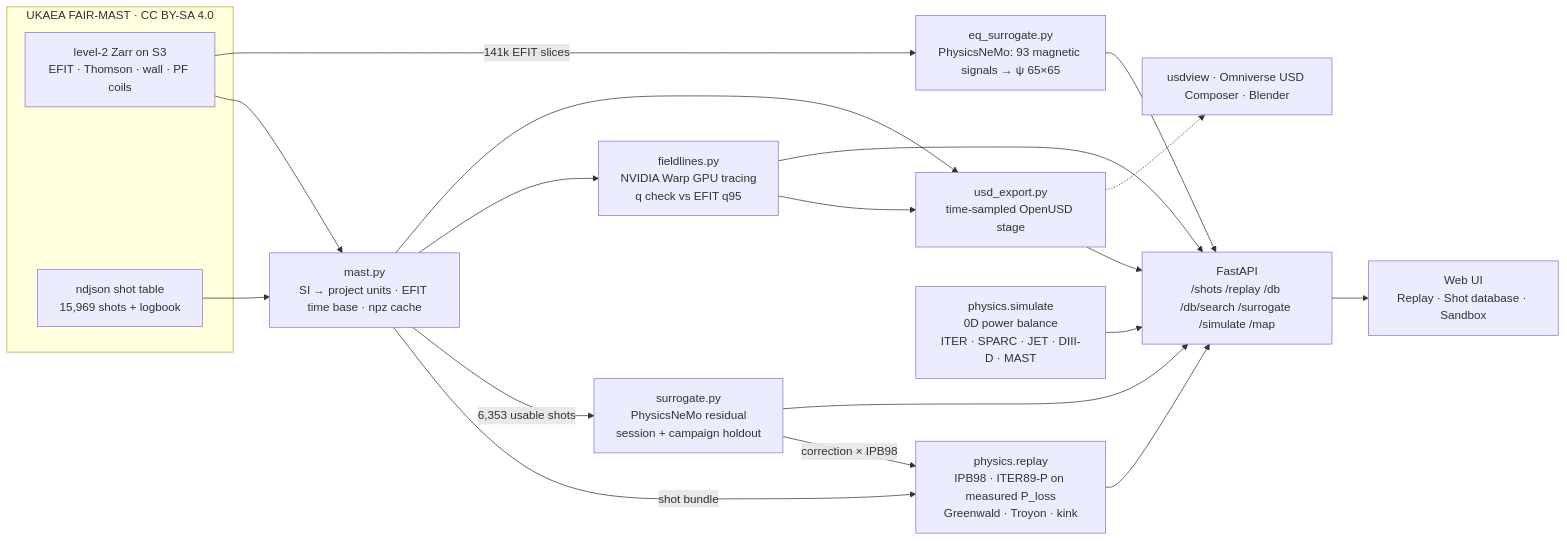
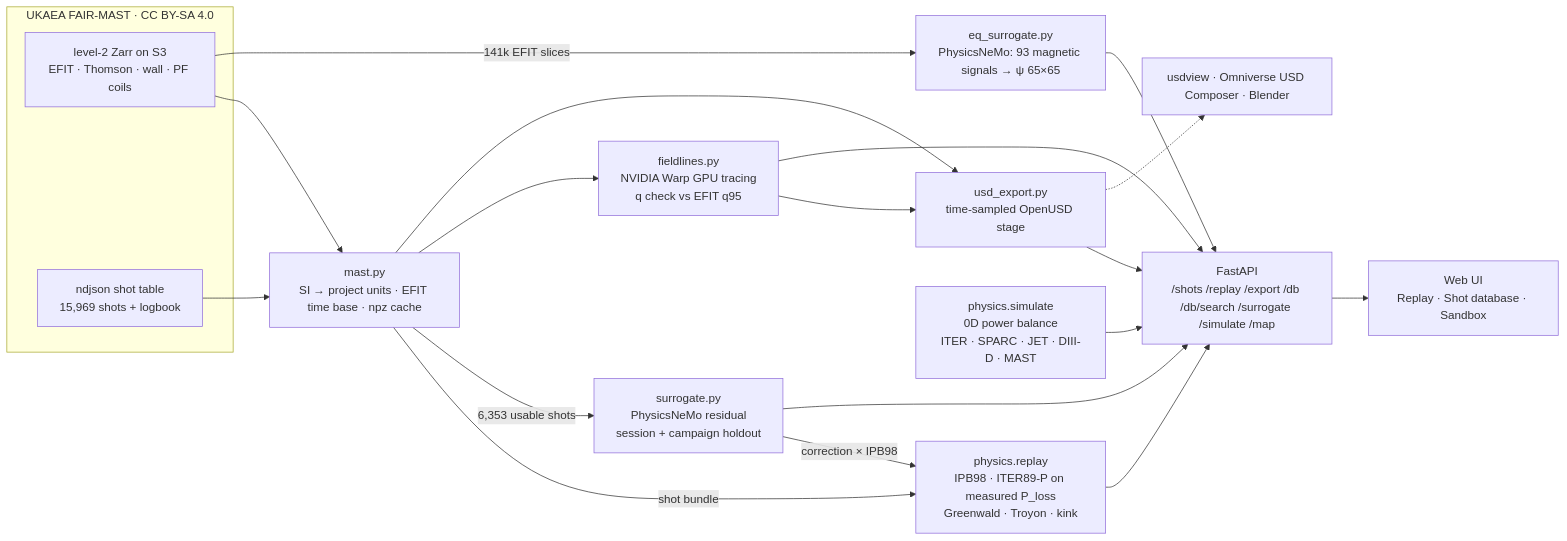
Before and after one commit to ganatma/FusionLab: the diagram in README.md, drawn with Mermaid. The commit also changed other lines of this file, not shown here.

Commit message:
docs: CSV export in the feature table and route diagram

````diff
--- a/README.md
+++ b/README.md
@@ -189,24 +190,24 @@
 ```mermaid
 flowchart LR
   subgraph FAIR-MAST [UKAEA FAIR-MAST · CC BY-SA 4.0]
     Z[level-2 Zarr on S3<br/>EFIT · Thomson · wall · PF coils]
     N[ndjson shot table<br/>15,969 shots + logbook]
   end
   Z --> M[mast.py<br/>SI → project units · EFIT time base · npz cache]
   N --> M
   M -->|shot bundle| R[physics.replay<br/>IPB98 · ITER89-P on measured P_loss<br/>Greenwald · Troyon · kink]
   M -->|6,353 usable shots| S[surrogate.py<br/>PhysicsNeMo residual<br/>session + campaign holdout]
   S -->|correction × IPB98| R
   Z -->|141k EFIT slices| Q[eq_surrogate.py<br/>PhysicsNeMo: 93 magnetic signals → ψ 65×65]
   Q --> A
   M --> F[fieldlines.py<br/>NVIDIA Warp GPU tracing<br/>q check vs EFIT q95]
   F --> U
   F --> A
   M --> U[usd_export.py<br/>time-sampled OpenUSD stage]
-  R --> A[FastAPI<br/>/shots /replay /db /db/search /surrogate /simulate /map]
+  R --> A[FastAPI<br/>/shots /replay /export /db /db/search /surrogate /simulate /map]
   S --> A
   U --> A
   E[physics.simulate<br/>0D power balance<br/>ITER · SPARC · JET · DIII-D · MAST] --> A
   A --> W[Web UI<br/>Replay · Shot database · Sandbox]
   U -.-> O[usdview · Omniverse USD Composer · Blender]
 ```
````
